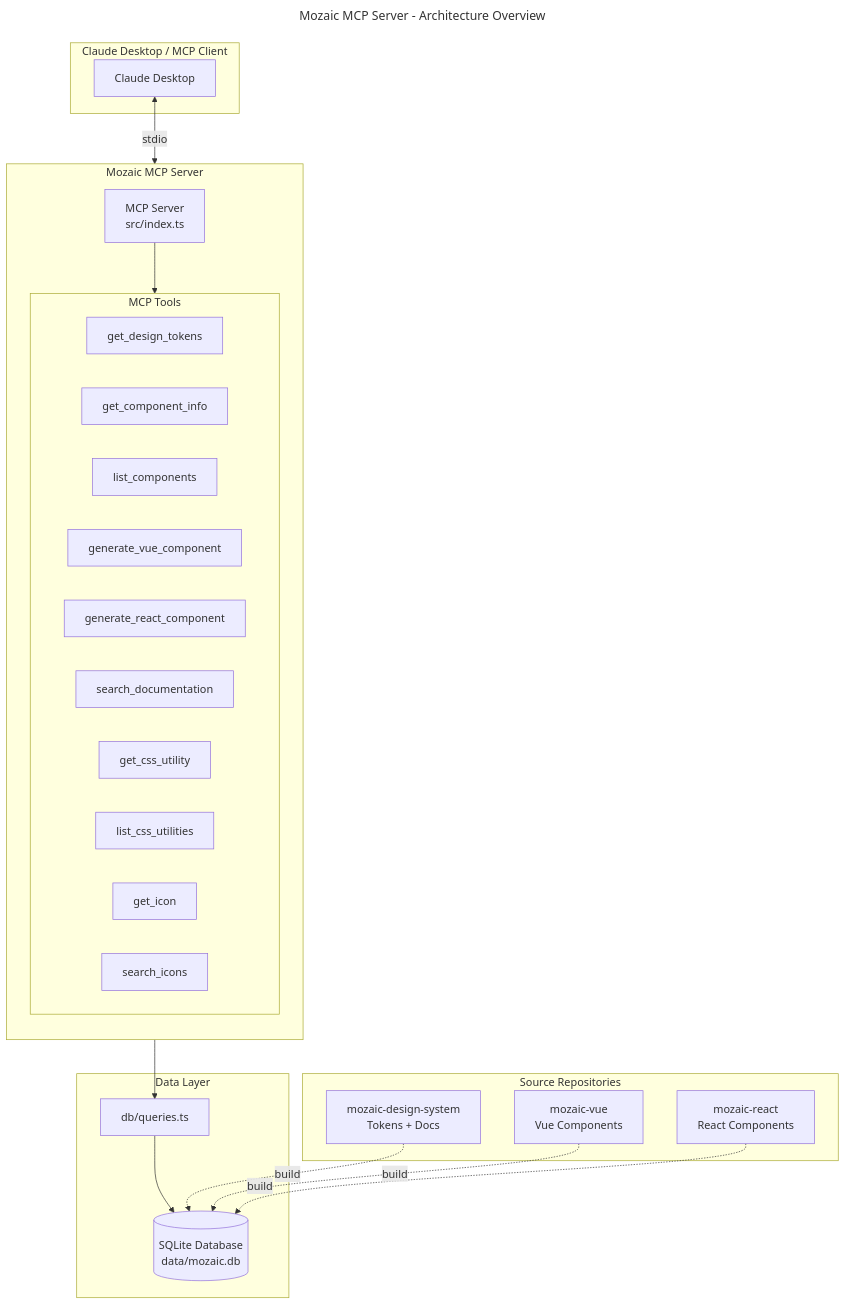
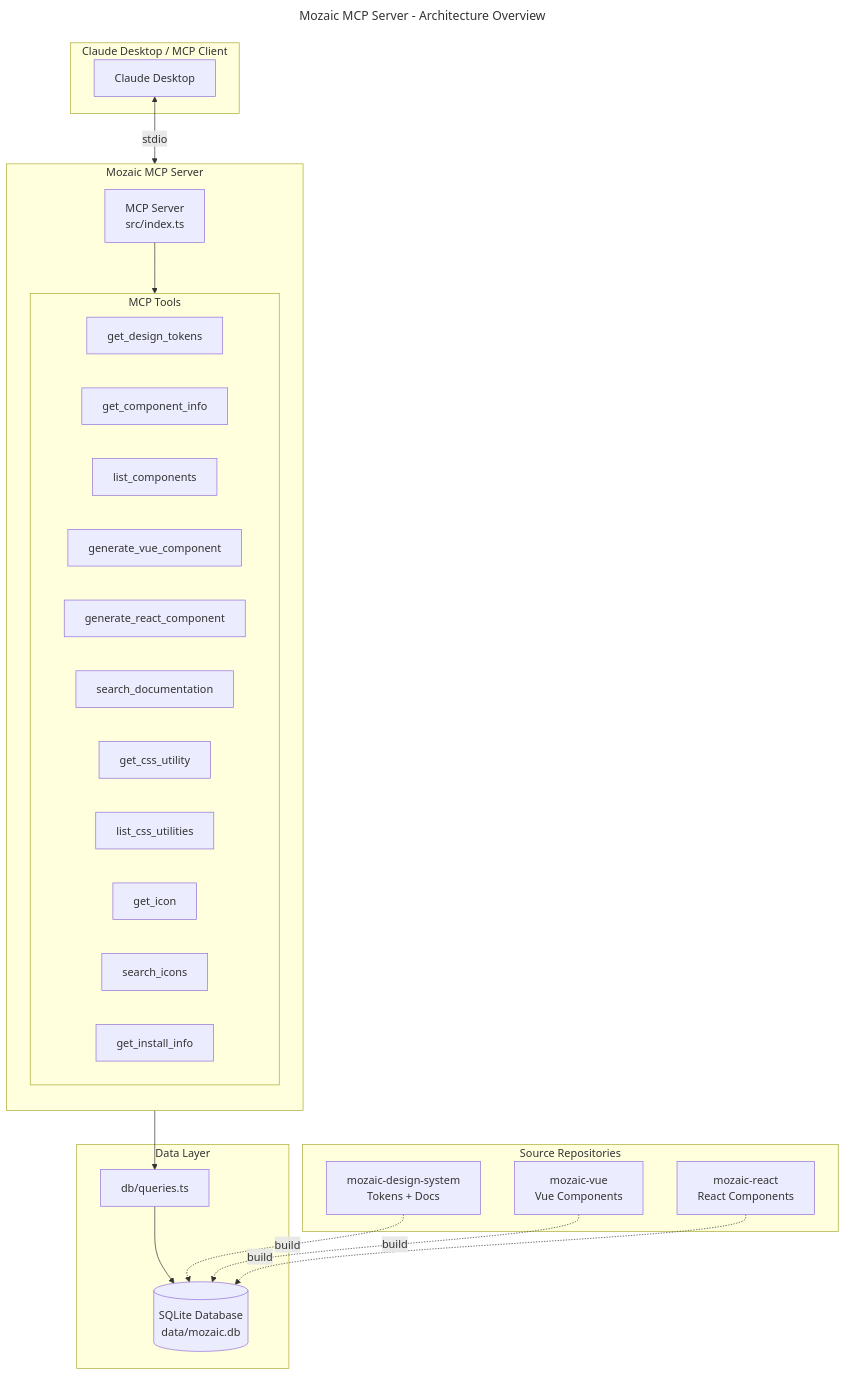
Before and after one commit to MerzoukeMansouri/adeo-mozaic-mcp: the diagram in docs/assets/architecture.mmd, drawn with Mermaid. The commit also changed 15 other files, not shown here.

Commit message:
feat: Add `get_install_info` tool documentation and integration tests

```diff
--- a/docs/assets/architecture.mmd
+++ b/docs/assets/architecture.mmd
@@ -1,46 +1,47 @@
 ---
 title: Mozaic MCP Server - Architecture Overview
 ---
 flowchart TB
     subgraph Client["Claude Desktop / MCP Client"]
         CD[Claude Desktop]
     end
 
     subgraph MCP["Mozaic MCP Server"]
         direction TB
         Server[MCP Server<br/>src/index.ts]
 
         subgraph Tools["MCP Tools"]
             T1[get_design_tokens]
             T2[get_component_info]
             T3[list_components]
             T4[generate_vue_component]
             T5[generate_react_component]
             T6[search_documentation]
             T7[get_css_utility]
             T8[list_css_utilities]
             T9[get_icon]
             T10[search_icons]
+            T11[get_install_info]
         end
 
         Server --> Tools
     end
 
     subgraph Data["Data Layer"]
         DB[(SQLite Database<br/>data/mozaic.db)]
         Queries[db/queries.ts]
     end
 
     subgraph Sources["Source Repositories"]
         DS[mozaic-design-system<br/>Tokens + Docs]
         VUE[mozaic-vue<br/>Vue Components]
         REACT[mozaic-react<br/>React Components]
     end
 
     CD <-->|stdio| Server
     Tools --> Queries
     Queries --> DB
 
     DS -.->|build| DB
     VUE -.->|build| DB
     REACT -.->|build| DB
```
